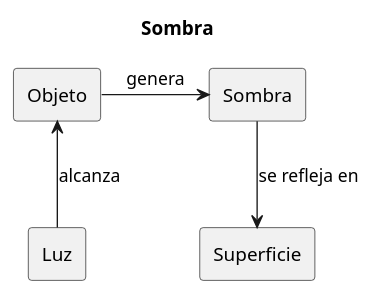
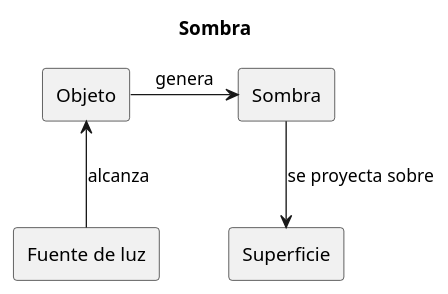
One commit to miguelgomz/26-27-idsw1 changed the diagram in entregas/gomezMiguel/docs/modeloUML/sombra.puml. Above: the diagram before and after it, drawn with PlantUML. The commit also changed 2 other files, not shown here.

Commit message:
modificaion uml

```diff
--- a/entregas/gomezMiguel/docs/modeloUML/sombra.puml
+++ b/entregas/gomezMiguel/docs/modeloUML/sombra.puml
@@ -1,12 +1,12 @@
 @startuml
 title Sombra
 
-rectangle Luz
+rectangle "Fuente de luz" as Luz
 rectangle Objeto
 rectangle Sombra
 rectangle Superficie
 
 Luz -up-> Objeto : alcanza
 Objeto -right-> Sombra : genera
-Sombra -down-> Superficie : se refleja en
+Sombra -down-> Superficie : se proyecta sobre
 @enduml
```
